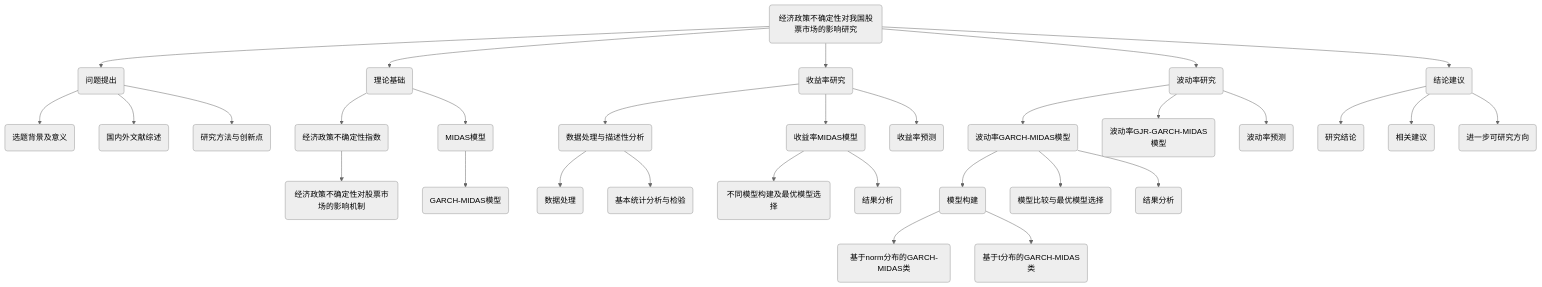
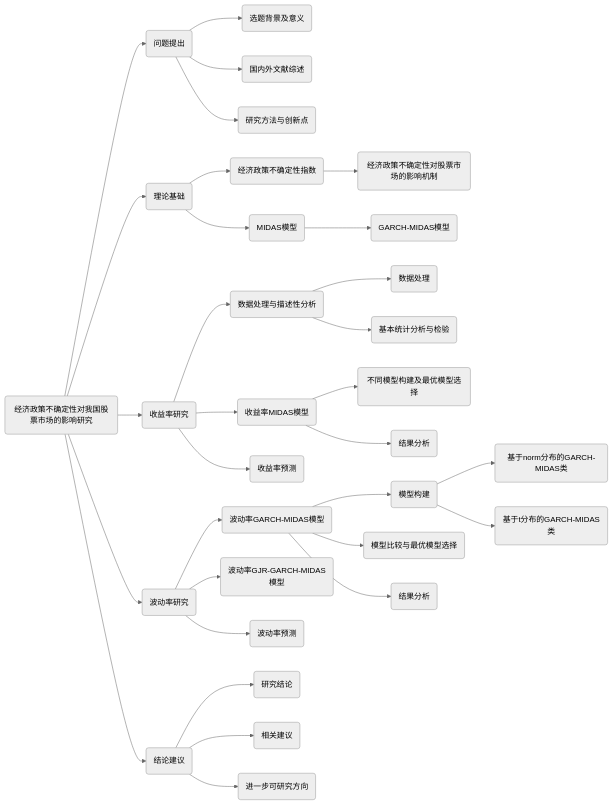
One commit to wanghonghong456/2020-03-Whh-thesis changed the diagram in proposal/proposal.Rmd. Above: the diagram before and after it, drawn with Mermaid (neutral theme). The commit also changed other lines of this file and 11 other files, not shown here.

````diff
--- a/proposal/proposal.Rmd
+++ b/proposal/proposal.Rmd
@@ -327,38 +327,38 @@
 ```{.mermaid caption="标题" loc="." width=800}
-graph TB
+graph LR
    id1(经济政策不确定性对我国股票市场的影响研究)
 -->id2(问题提出)
     id1(经济政策不确定性对我国股票市场的影响研究)
 -->id3(理论基础)
     id1(经济政策不确定性对我国股票市场的影响研究)
 -->id4(收益率研究)
     id1(经济政策不确定性对我国股票市场的影响研究)
 -->id5(波动率研究)
     id1(经济政策不确定性对我国股票市场的影响研究)
 -->id6(结论建议)
     id2(问题提出)-->id7(选题背景及意义)
     id2(问题提出)-->id8(国内外文献综述)
     id2(问题提出)-->id9(研究方法与创新点)
     id3(理论基础)-->id10(经济政策不确定性指数)
     id10(经济政策不确定性指数)-->id11(经济政策不确定性对股票市场的影响机制)
     id3(理论基础)-->id12(MIDAS模型)
     id12(MIDAS模型)-->id13(GARCH-MIDAS模型)
     id4(收益率研究)-->id14(数据处理与描述性分析)
     id14(数据处理与描述性分析)-->id15(数据处理)
     id14(数据处理与描述性分析)-->id16(基本统计分析与检验)
     id4(收益率研究)-->id17(收益率MIDAS模型)
     id17(收益率MIDAS模型)-->id18(不同模型构建及最优模型选择)
     id17(收益率MIDAS模型)-->id19(结果分析)
     id4(收益率研究)-->id20(收益率预测)
     id5(波动率研究)-->id21(波动率GARCH-MIDAS模型)
     id5(波动率研究)-->id22(波动率GJR-GARCH-MIDAS模型)
     id5(波动率研究)-->id23(波动率预测)
     id21(波动率GARCH-MIDAS模型)-->id24(模型构建)
     id24(模型构建)-->id25(基于norm分布的GARCH-MIDAS类)
     id24(模型构建)-->id26(基于t分布的GARCH-MIDAS类)
     id21(波动率GARCH-MIDAS模型)-->id27(模型比较与最优模型选择)
     id21(波动率GARCH-MIDAS模型)-->id28(结果分析)
     id6(结论建议)-->id29(研究结论)
     id6(结论建议)-->id30(相关建议)
     id6(结论建议)-->id31(进一步可研究方向)
 ```
````
